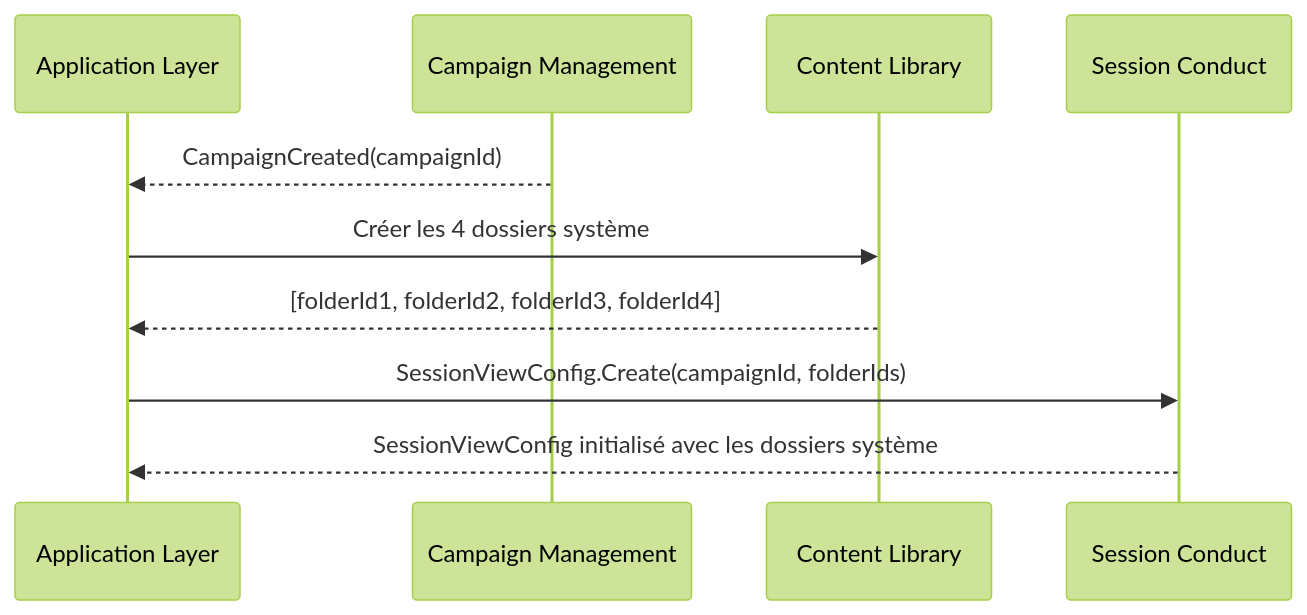
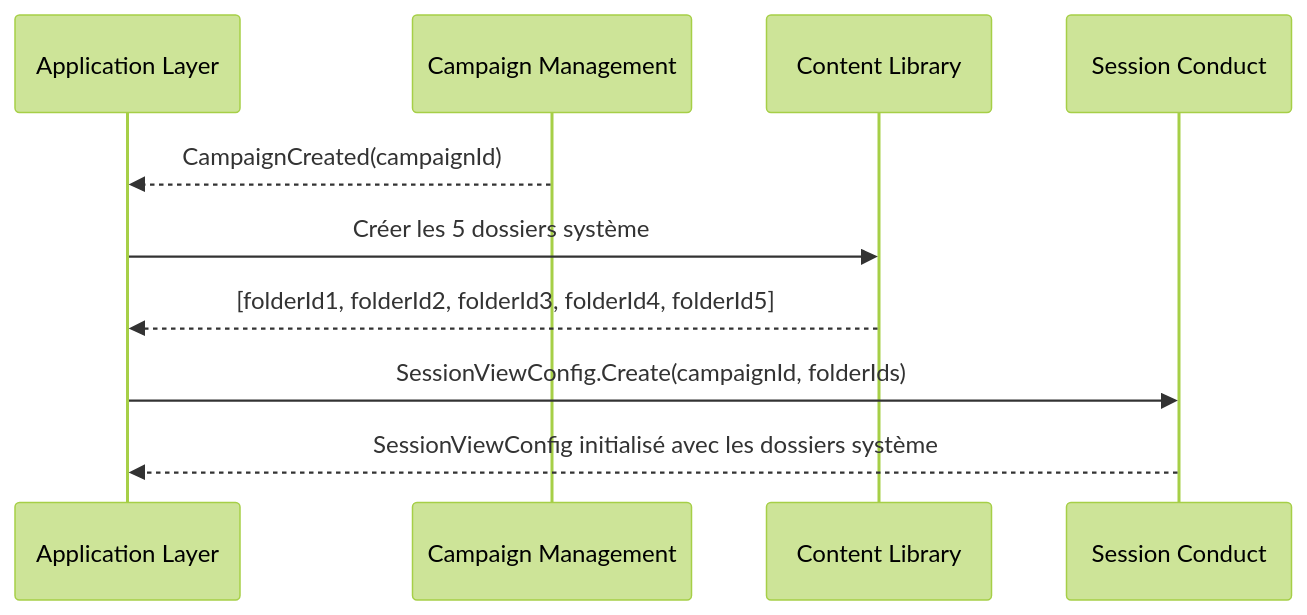
One commit to 2025-10-CDA-ECO-P6/PM-micro-saas changed the first of 9 diagrams in docs/conception/domain/diagrams/flows/session-conduct.md. Above: the diagram before and after it, drawn with Mermaid (forest theme). The commit also changed other lines of this file and 17 other files, not shown here.

````diff
--- a/docs/conception/domain/diagrams/flows/session-conduct.md
+++ b/docs/conception/domain/diagrams/flows/session-conduct.md
@@ -5,13 +5,13 @@
 ```mermaid
 sequenceDiagram
     participant App as Application Layer
     participant CM as Campaign Management
     participant CL as Content Library
     participant SC as Session Conduct
 
     CM-->>App: CampaignCreated(campaignId)
-    App->>CL: Créer les 4 dossiers système
-    CL-->>App: [folderId1, folderId2, folderId3, folderId4]
+    App->>CL: Créer les 5 dossiers système
+    CL-->>App: [folderId1, folderId2, folderId3, folderId4, folderId5]
     App->>SC: SessionViewConfig.Create(campaignId, folderIds)
     SC-->>App: SessionViewConfig initialisé avec les dossiers système
 ```
````
